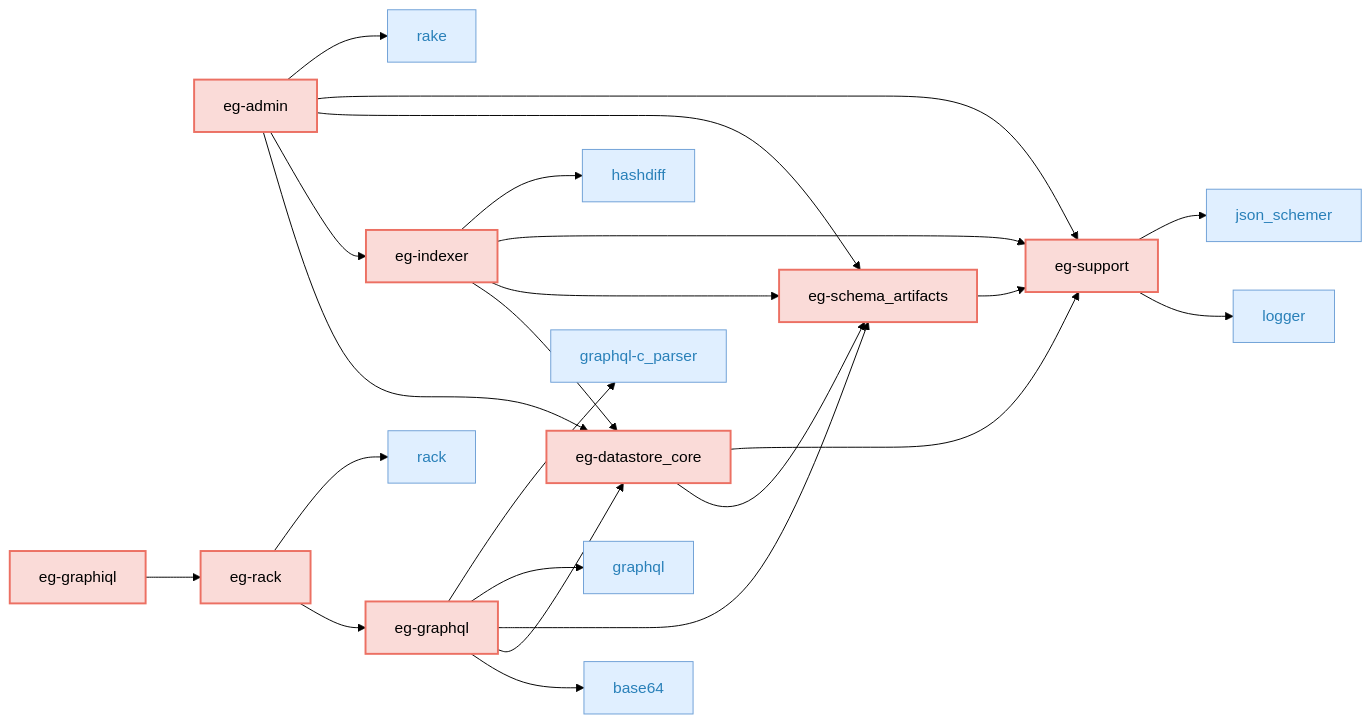
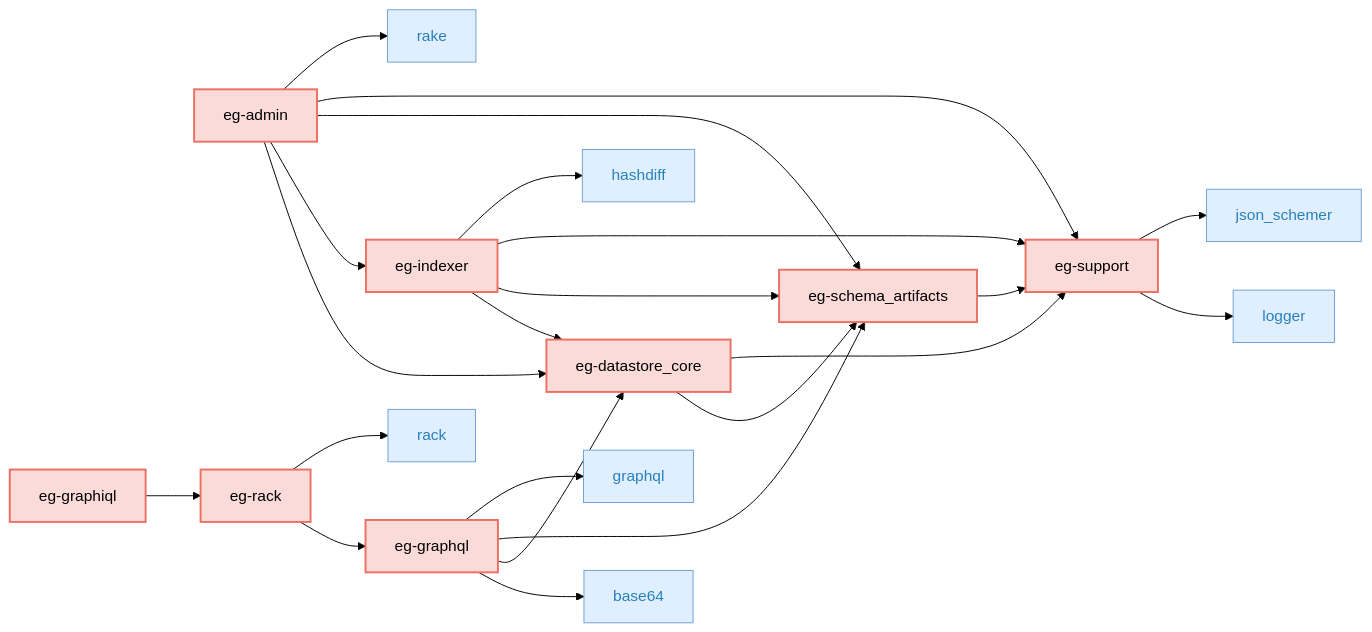
One commit to block/elasticgraph changed the first of 5 diagrams in CODEBASE_OVERVIEW.md. Above: the diagram before and after it, drawn with Mermaid (forest theme). The commit also changed other lines of this file and 18 other files, not shown here.

Commit message:
Make graphql-c_parser optional with warning when unavailable

````diff
--- a/CODEBASE_OVERVIEW.md
+++ b/CODEBASE_OVERVIEW.md
@@ -22,68 +22,64 @@
 ```mermaid
 graph LR;
     classDef targetGemStyle fill:#FADBD8,stroke:#EC7063,color:#000,stroke-width:2px;
     classDef otherEgGemStyle fill:#A9DFBF,stroke:#2ECC71,color:#000;
     classDef externalGemCatStyle fill:#E0EFFF,stroke:#70A1D7,color:#2980B9;
     elasticgraph-admin["eg-admin"];
     elasticgraph-datastore_core["eg-datastore_core"];
     elasticgraph-indexer["eg-indexer"];
     elasticgraph-schema_artifacts["eg-schema_artifacts"];
     elasticgraph-support["eg-support"];
     rake["rake"];
     elasticgraph-graphiql["eg-graphiql"];
     elasticgraph-rack["eg-rack"];
     elasticgraph-graphql["eg-graphql"];
     base64["base64"];
     graphql["graphql"];
-    graphql-c_parser["graphql-c_parser"];
     hashdiff["hashdiff"];
     rack["rack"];
     logger["logger"];
     json_schemer["json_schemer"];
     elasticgraph-admin --> elasticgraph-datastore_core;
     elasticgraph-admin --> elasticgraph-indexer;
     elasticgraph-admin --> elasticgraph-schema_artifacts;
     elasticgraph-admin --> elasticgraph-support;
     elasticgraph-admin --> rake;
     elasticgraph-datastore_core --> elasticgraph-schema_artifacts;
     elasticgraph-datastore_core --> elasticgraph-support;
     elasticgraph-graphiql --> elasticgraph-rack;
     elasticgraph-graphql --> base64;
     elasticgraph-graphql --> elasticgraph-datastore_core;
     elasticgraph-graphql --> elasticgraph-schema_artifacts;
     elasticgraph-graphql --> graphql;
-    elasticgraph-graphql --> graphql-c_parser;
     elasticgraph-indexer --> elasticgraph-datastore_core;
     elasticgraph-indexer --> elasticgraph-schema_artifacts;
     elasticgraph-indexer --> elasticgraph-support;
     elasticgraph-indexer --> hashdiff;
     elasticgraph-rack --> elasticgraph-graphql;
     elasticgraph-rack --> rack;
     elasticgraph-schema_artifacts --> elasticgraph-support;
     elasticgraph-support --> logger;
     elasticgraph-support --> json_schemer;
     class elasticgraph-admin targetGemStyle;
     class elasticgraph-datastore_core targetGemStyle;
     class elasticgraph-indexer targetGemStyle;
     class elasticgraph-schema_artifacts targetGemStyle;
     class elasticgraph-support targetGemStyle;
     class rake externalGemCatStyle;
     class elasticgraph-graphiql targetGemStyle;
     class elasticgraph-rack targetGemStyle;
     class elasticgraph-graphql targetGemStyle;
     class base64 externalGemCatStyle;
     class graphql externalGemCatStyle;
-    class graphql-c_parser externalGemCatStyle;
     class hashdiff externalGemCatStyle;
     class rack externalGemCatStyle;
     class logger externalGemCatStyle;
     class json_schemer externalGemCatStyle;
     click rake href "https://rubygems.org/gems/rake" "Open on RubyGems.org" _blank;
     click base64 href "https://rubygems.org/gems/base64" "Open on RubyGems.org" _blank;
     click graphql href "https://rubygems.org/gems/graphql" "Open on RubyGems.org" _blank;
-    click graphql-c_parser href "https://rubygems.org/gems/graphql-c_parser" "Open on RubyGems.org" _blank;
     click hashdiff href "https://rubygems.org/gems/hashdiff" "Open on RubyGems.org" _blank;
     click rack href "https://rubygems.org/gems/rack" "Open on RubyGems.org" _blank;
     click logger href "https://rubygems.org/gems/logger" "Open on RubyGems.org" _blank;
     click json_schemer href "https://rubygems.org/gems/json_schemer" "Open on RubyGems.org" _blank;
 ```
````
